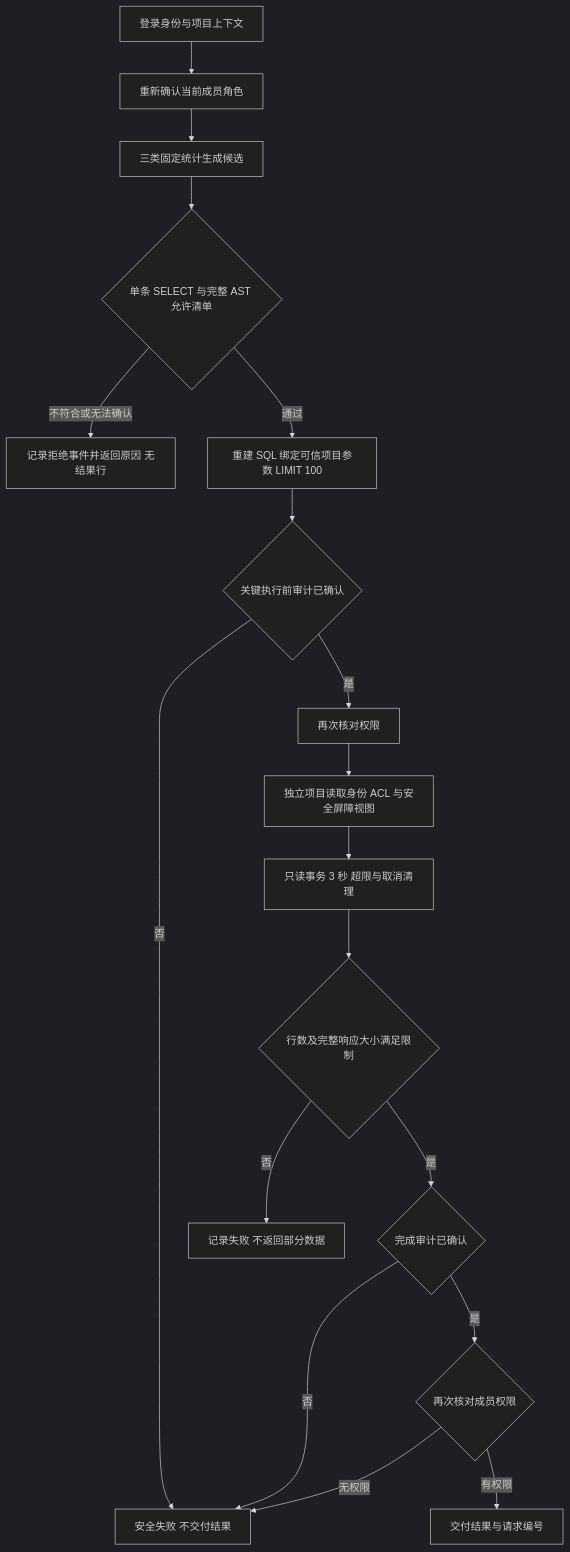
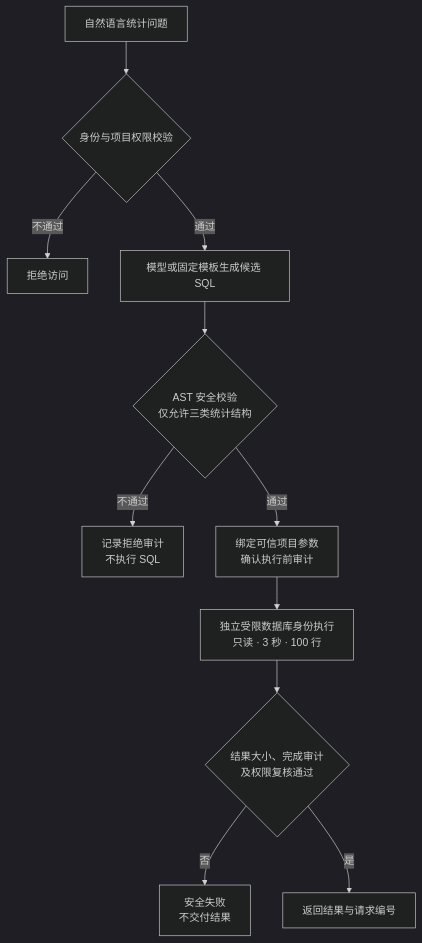
One commit to SiriThree/PaperPilot changed the diagram in docs/member-d-defense-demo.md. Above: the diagram before and after it, drawn with Mermaid (dark theme). The commit also changed 80 other files, not shown here.

````diff
--- a/docs/member-d-defense-demo.md
+++ b/docs/member-d-defense-demo.md
@@ -81,20 +81,13 @@
 ```mermaid
 flowchart TD
-  A[登录身份与项目上下文] --> B[重新确认当前成员角色]
-  B --> C[三类固定统计生成候选]
-  C --> D{单条 SELECT 与完整 AST 允许清单}
-  D -- 不符合或无法确认 --> R[记录拒绝事件并返回原因 无结果行]
-  D -- 通过 --> E[重建 SQL 绑定可信项目参数 LIMIT 100]
-  E --> F{关键执行前审计已确认}
-  F -- 否 --> X[安全失败 不交付结果]
-  F -- 是 --> G[再次核对权限]
-  G --> H[独立项目读取身份 ACL 与安全屏障视图]
-  H --> I[只读事务 3 秒 超限与取消清理]
-  I --> J{行数及完整响应大小满足限制}
-  J -- 否 --> K[记录失败 不返回部分数据]
-  J -- 是 --> L{完成审计已确认}
-  L -- 否 --> X
-  L -- 是 --> M{再次核对成员权限}
-  M -- 无权限 --> X
-  M -- 有权限 --> N[交付结果与请求编号]
+  A[自然语言统计问题] --> B{身份与项目权限校验}
+  B -- 不通过 --> R[拒绝访问]
+  B -- 通过 --> C[模型或固定模板生成候选 SQL]
+  C --> D{AST 安全校验<br/>仅允许三类统计结构}
+  D -- 不通过 --> E[记录拒绝审计<br/>不执行 SQL]
+  D -- 通过 --> F[绑定可信项目参数<br/>确认执行前审计]
+  F --> G[独立受限数据库身份执行<br/>只读 · 3 秒 · 100 行]
+  G --> H{结果大小、完成审计<br/>及权限复核通过}
+  H -- 否 --> X[安全失败<br/>不交付结果]
+  H -- 是 --> N[返回结果与请求编号]
 ```
````
